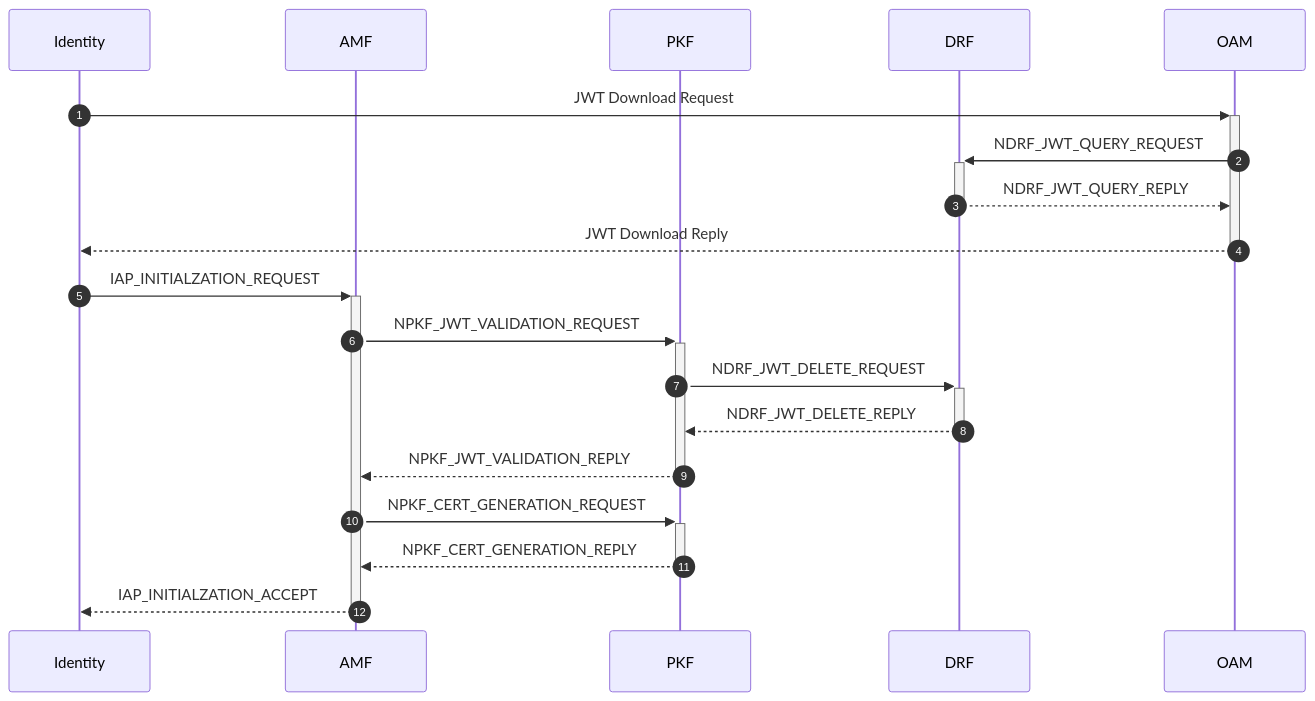
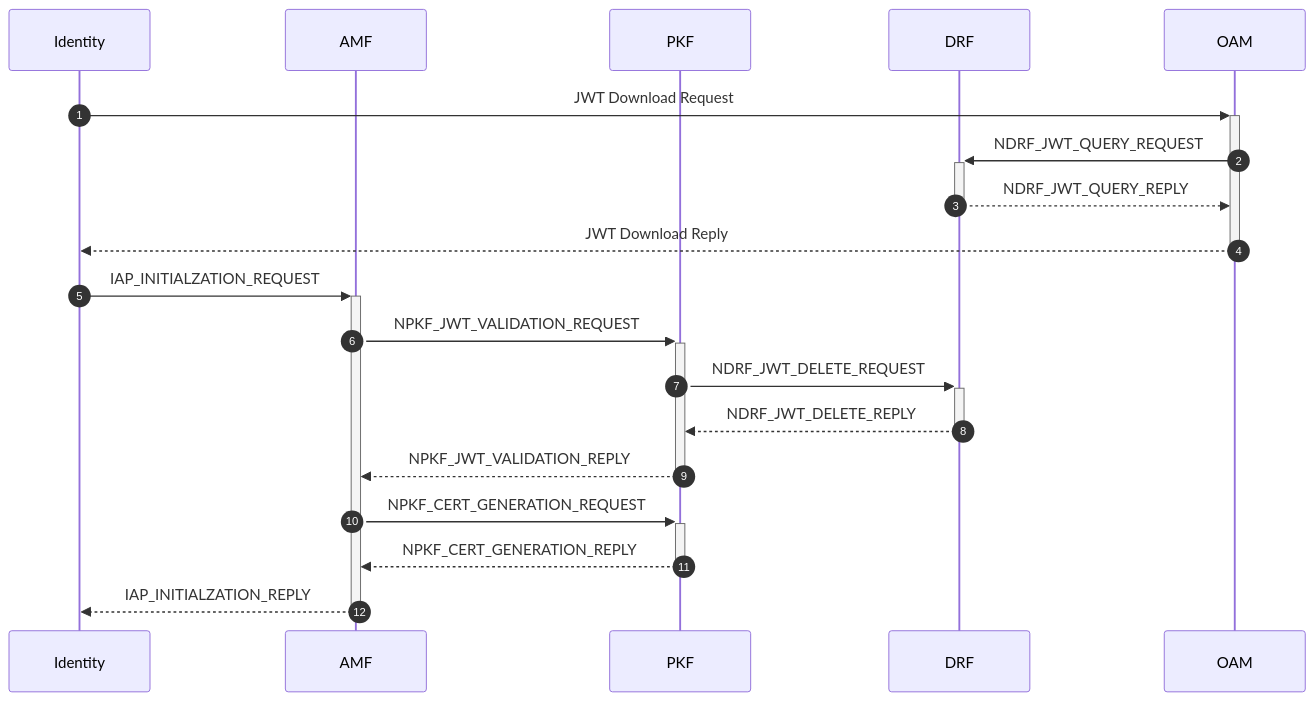
The sixth of 21 diagrams in doc/doc-spec/00-series-general/00.002-procedure.md (veil-link/veilink), drawn with Mermaid before and after one commit. The commit also changed other lines of this file and 1 other file, not shown here.

````diff
--- a/doc/doc-spec/00-series-general/00.002-procedure.md
+++ b/doc/doc-spec/00-series-general/00.002-procedure.md
@@ -130,24 +132,24 @@
 ```mermaid
 sequenceDiagram
     autonumber
 
     participant id as Identity
     participant amf as AMF
     participant pkf as PKF
     participant drf as DRF
     participant oam as OAM
 
     id ->>+ oam: JWT Download Request
     oam ->>+ drf: NDRF_JWT_QUERY_REQUEST
     drf -->>- oam: NDRF_JWT_QUERY_REPLY
     oam -->>- id: JWT Download Reply
 
     id ->>+ amf: IAP_INITIALZATION_REQUEST
     amf ->>+ pkf: NPKF_JWT_VALIDATION_REQUEST
     pkf ->>+ drf: NDRF_JWT_DELETE_REQUEST
     drf -->>- pkf: NDRF_JWT_DELETE_REPLY
     pkf -->>- amf: NPKF_JWT_VALIDATION_REPLY
     amf ->>+ pkf: NPKF_CERT_GENERATION_REQUEST
     pkf -->>- amf: NPKF_CERT_GENERATION_REPLY
-    amf -->>- id: IAP_INITIALZATION_ACCEPT
+    amf -->>- id: IAP_INITIALZATION_REPLY
 ```
````
